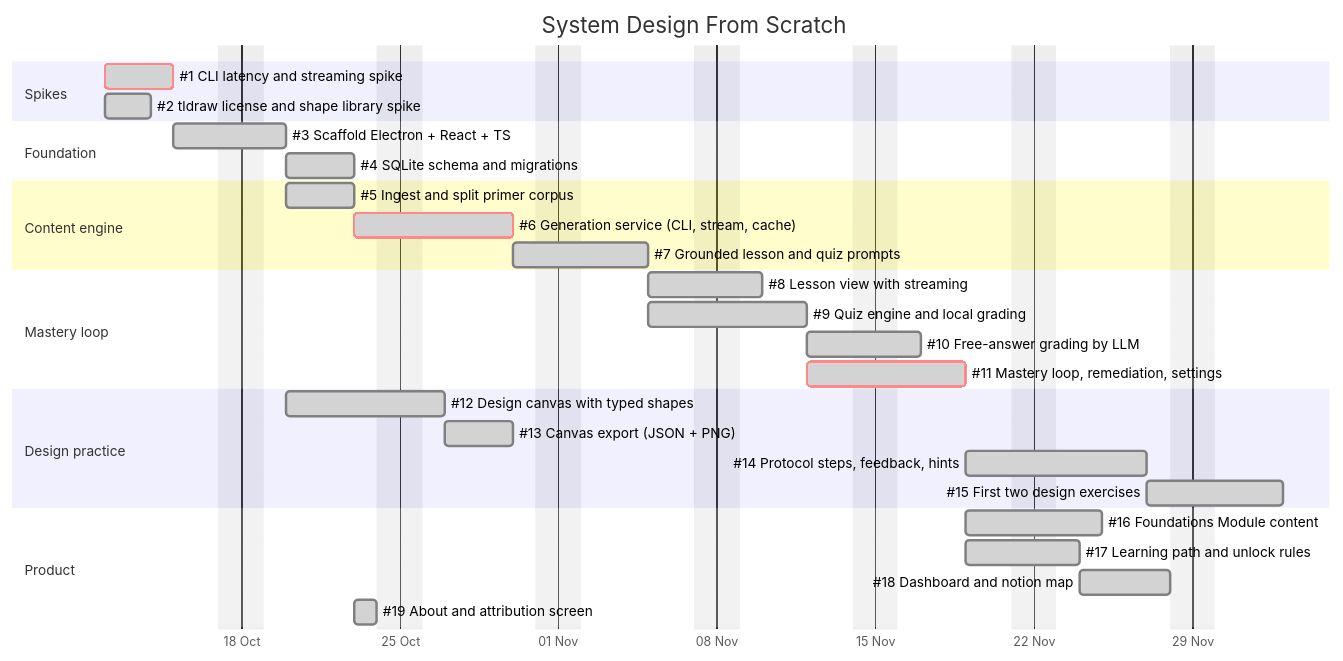
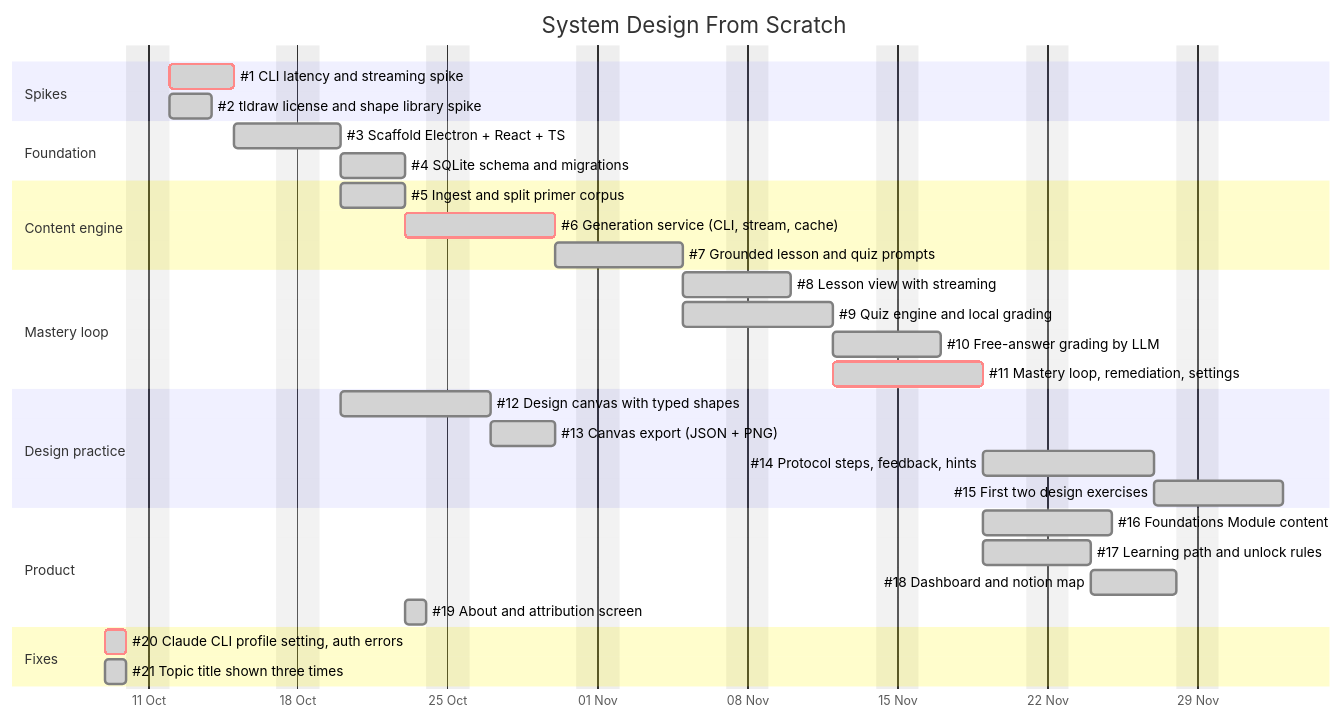
One commit to jbclaramonte/system-design-from-scratch changed the diagram in docs/ROADMAP.md. Above: the diagram before and after it, drawn with Mermaid. The commit also changed other lines of this file and 34 other files, not shown here.

First line of the commit message:
fix: classify auth failures, add Claude config dir setting, dedupe topic title

````diff
--- a/docs/ROADMAP.md
+++ b/docs/ROADMAP.md
@@ -13,38 +13,42 @@
 ```mermaid
 gantt
     title System Design From Scratch
     dateFormat YYYY-MM-DD
     excludes weekends
     axisFormat %d %b
 
     section Spikes
     #1 CLI latency and streaming spike        :done, crit, s1, 2026-10-12, 3d
     #2 tldraw license and shape library spike :done, s2, 2026-10-12, 2d
 
     section Foundation
     #3 Scaffold Electron + React + TS         :done, f1, after s1, 3d
     #4 SQLite schema and migrations           :done, f2, after f1, 3d
 
     section Content engine
     #5 Ingest and split primer corpus         :done, c1, after f1, 3d
     #6 Generation service (CLI, stream, cache):done, crit, c2, after f2, 5d
     #7 Grounded lesson and quiz prompts       :done, c3, after c1 c2, 4d
 
     section Mastery loop
     #8 Lesson view with streaming             :done, m1, after c3, 3d
     #9 Quiz engine and local grading          :done, m2, after c3, 5d
     #10 Free-answer grading by LLM            :done, m3, after m2, 3d
     #11 Mastery loop, remediation, settings   :done, crit, m4, after m1 m2, 5d
 
     section Design practice
     #12 Design canvas with typed shapes       :done, d1, after s2 f1, 5d
     #13 Canvas export (JSON + PNG)            :done, d2, after d1, 3d
     #14 Protocol steps, feedback, hints       :done, d3, after d2 m4, 6d
     #15 First two design exercises            :done, d4, after d3, 4d
 
     section Product
     #16 Foundations Module content            :done, p1, after m4, 4d
     #17 Learning path and unlock rules        :done, p2, after m4, 3d
     #18 Dashboard and notion map              :done, p3, after p2, 4d
     #19 About and attribution screen          :done, p4, after c1, 1d
+
+    section Fixes
+    #20 Claude CLI profile setting, auth errors :done, crit, x1, 2026-10-09, 1d
+    #21 Topic title shown three times         :done, x2, 2026-10-09, 1d
 ```
````
